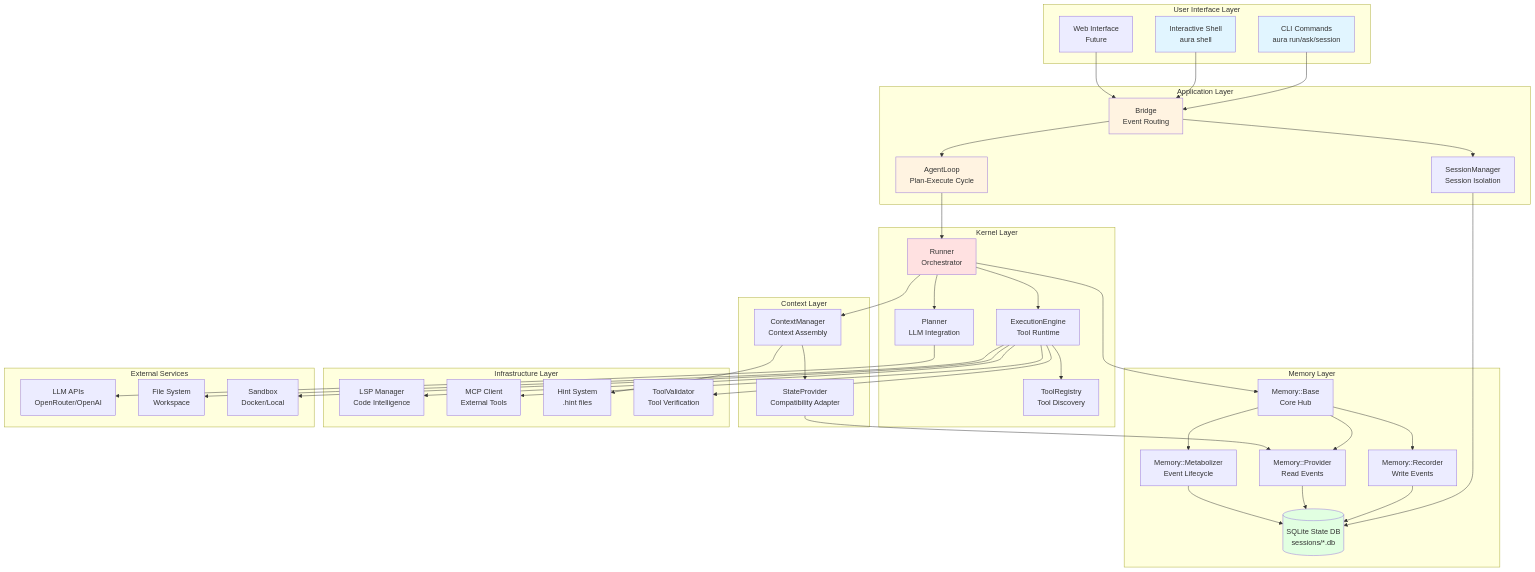
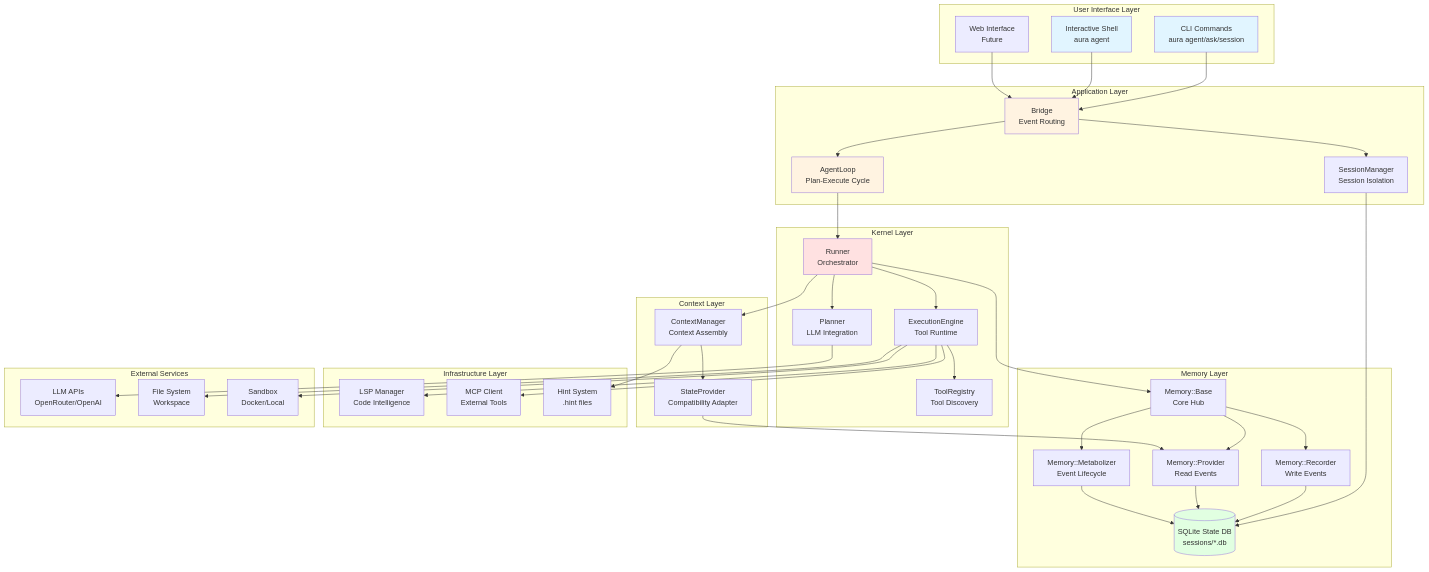
Before and after one commit to zc6600/aura: the first of 5 diagrams in docs/developer-guide/architecture.md, drawn with Mermaid. The commit also changed other lines of this file and 180 other files, not shown here.

````diff
--- a/docs/developer-guide/architecture.md
+++ b/docs/developer-guide/architecture.md
@@ -12,8 +12,8 @@
 ```mermaid
 graph TB
     subgraph "User Interface Layer"
-        CLI[CLI Commands<br/>aura run/ask/session]
-        Shell[Interactive Shell<br/>aura shell]
+        CLI[CLI Commands<br/>aura agent/ask/session]
+        Shell[Interactive Shell<br/>aura agent]
         Web[Web Interface<br/>Future]
     end
     
@@ -47,7 +47,6 @@
         LSP[LSP Manager<br/>Code Intelligence]
         MCP[MCP Client<br/>External Tools]
         Hints[Hint System<br/>.hint files]
-        Validator[ToolValidator<br/>Tool Verification]
     end
     
     subgraph "External Services"
@@ -79,7 +78,6 @@
     Metabolizer --> State
     
     Engine --> Registry
-    Engine --> Validator
     Engine --> LSP
     Engine --> MCP
     
````
